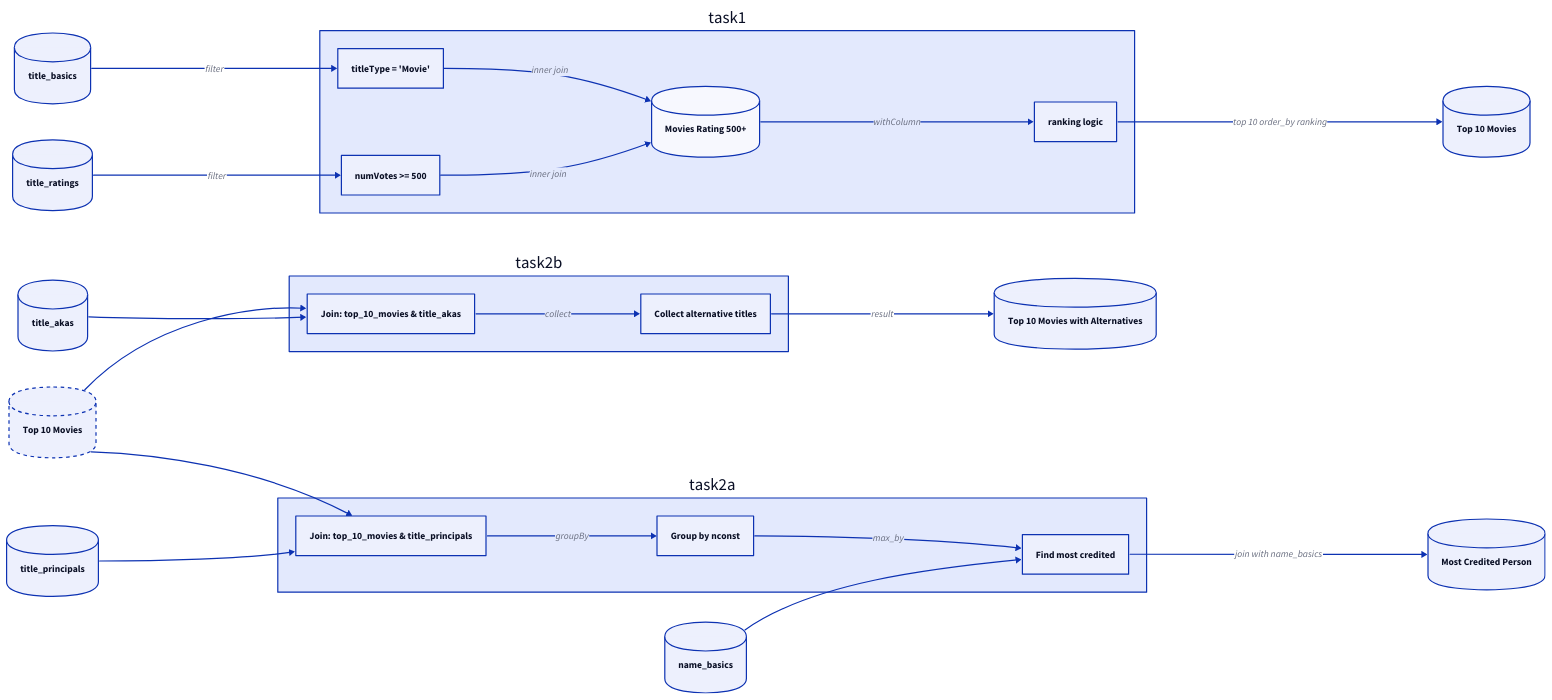
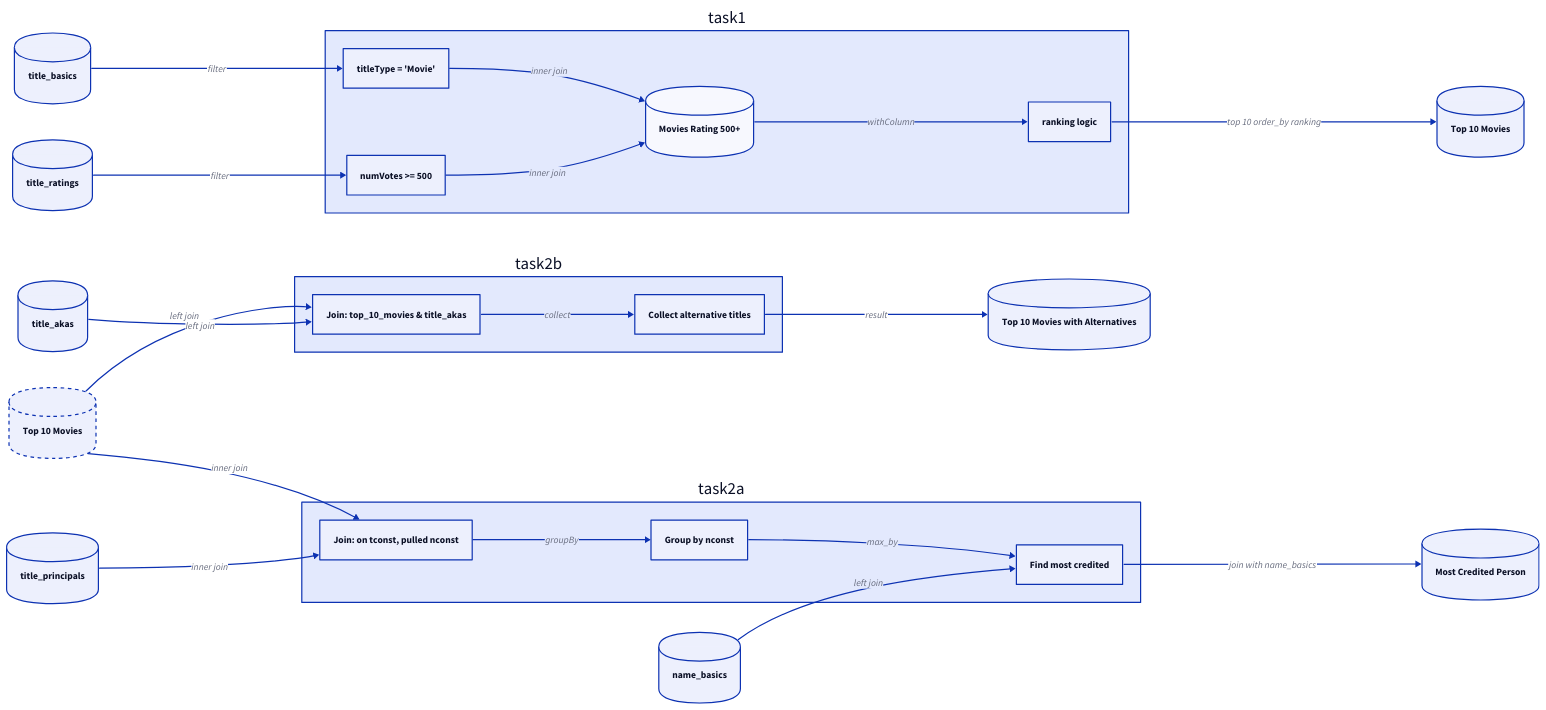
Before and after one commit to cenzwong/imdbws-erdigram: the diagram in imdb_pipeline.d2, drawn with D2. The commit also changed 2 other files, not shown here.

Commit message:
fix: minor fix for the graph

```diff
--- a/imdb_pipeline.d2
+++ b/imdb_pipeline.d2
@@ -1,117 +1,116 @@
 direction: right
 
 name_basics_cleansed_table: {
   shape: cylinder
   label: "name_basics"
 }
 
 title_akas_cleansed_table: {
   shape: cylinder
   label: "title_akas"
 }
 title_ratings_cleansed_table: {
   shape: cylinder
   label: "title_ratings"
 }
 
 title_principals_cleansed_table: {
   shape: cylinder
   label: "title_principals"
 }
 
 title_basics_cleansed_table: {
   shape: cylinder
   label: "title_basics"
 }
 
 task1.filter_movies: {
   shape: rectangle
   label: "titleType = 'Movie'"
 }
 
 task1.filter_500up: {
   shape: rectangle
   label: "numVotes >= 500"
 }
 
 task1.inner_join: {
   shape: cylinder
   label: "Movies Rating 500+"
 }
 
 task1.ranking: {
   shape: rectangle
   label: "ranking logic"
 }
 
 top_10_movies: {
   shape: cylinder
   label: "Top 10 Movies"
 }
 
 top_10_movies_copy: {
   shape: cylinder
   style.stroke-dash: 3
   label: "Top 10 Movies"
 }
 
 task2a.join: {
   shape: rectangle
-  label: "Join: top_10_movies & title_principals"
+  label: "Join: on tconst, pulled nconst"
 }
 
 task2a.aggregate: {
   shape: rectangle
   label: "Group by nconst"
 }
 
 task2a.most_credited: {
   shape: rectangle
   label: "Find most credited"
 }
 
 most_credited_person: {
   shape: cylinder
   label: "Most Credited Person"
 }
 
 # Task 2b: Alternative Titles
 task2b.join: {
   shape: rectangle
   label: "Join: top_10_movies & title_akas"
 }
 
 task2b.aggregate: {
   shape: rectangle
   label: "Collect alternative titles"
 }
 
 top_10_movies_with_alternatives: {
   shape: cylinder
   label: "Top 10 Movies with Alternatives"
 }
 
 # Horizontal Relationships
 title_basics_cleansed_table -> task1.filter_movies: filter
 title_ratings_cleansed_table -> task1.filter_500up: filter
 
 task1.filter_movies -> task1.inner_join: inner join
 task1.filter_500up -> task1.inner_join: inner join
 
 task1.inner_join -> task1.ranking: withColumn
 task1.ranking -> top_10_movies: top 10 order_by ranking
 
-# spliting it into copy for display
 # task2a
-top_10_movies_copy -> task2a.join
-title_principals_cleansed_table -> task2a.join
+top_10_movies_copy -> task2a.join: inner join
+title_principals_cleansed_table -> task2a.join: inner join
 task2a.join -> task2a.aggregate: groupBy
 task2a.aggregate -> task2a.most_credited: max_by
 task2a.most_credited -> most_credited_person: join with name_basics
-name_basics_cleansed_table -> task2a.most_credited
+name_basics_cleansed_table -> task2a.most_credited: left join
 
 # task2b
-top_10_movies_copy -> task2b.join
-title_akas_cleansed_table -> task2b.join
+top_10_movies_copy -> task2b.join: left join
+title_akas_cleansed_table -> task2b.join: left join
 task2b.join -> task2b.aggregate: collect
 task2b.aggregate -> top_10_movies_with_alternatives: result
```
